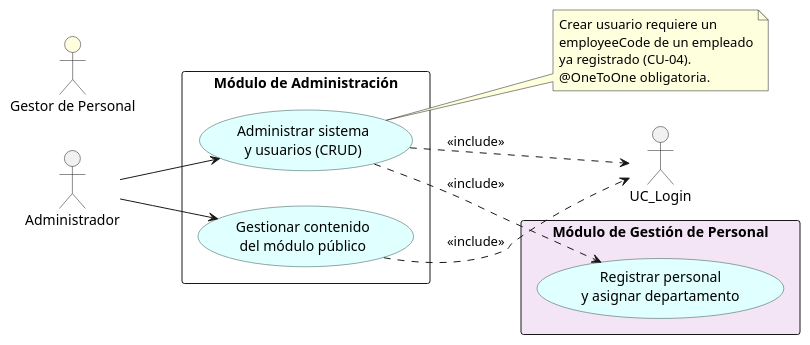
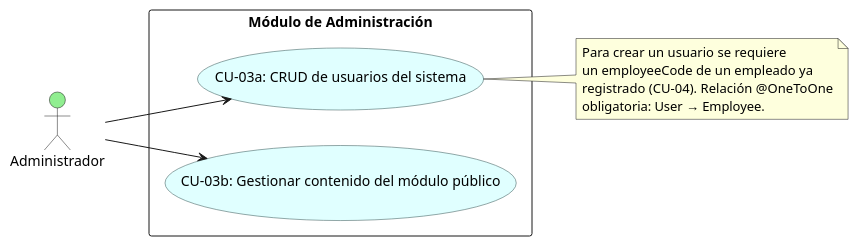
The diagram in docs/diagramas/casos_uso/03_modulo_administracion.puml (ElianMMCode/Zone-Control), drawn with PlantUML before and after one commit. The commit also changed 7 other files, not shown here.

```diff
--- a/docs/diagramas/casos_uso/03_modulo_administracion.puml
+++ b/docs/diagramas/casos_uso/03_modulo_administracion.puml
@@ -1,34 +1,26 @@
 @startuml
 skinparam usecase {
     BackgroundColor LightCyan
     BorderColor DarkSlateGray
 }
 skinparam packageStyle rectangle
 left to right direction
 
-actor "Administrador" as Admin
-actor "Gestor de Personal" as Gestor #LightYellow
+actor "Administrador" as Admin #LightGreen
 
 package "Módulo de Administración" {
-    usecase "Administrar sistema\ny usuarios (CRUD)" as UC_Admin1
-    usecase "Gestionar contenido\ndel módulo público" as UC_Admin2
-}
-
-package "Módulo de Gestión de Personal" as Gestion #F3E5F5 {
-    usecase "Registrar personal\ny asignar departamento" as UC_RegPersonal
+    usecase "CU-03a: CRUD de usuarios del sistema" as UC_Admin1
+    usecase "CU-03b: Gestionar contenido del módulo público" as UC_Admin2
 }
 
 Admin --> UC_Admin1
 Admin --> UC_Admin2
-UC_Admin1 ..> UC_Login : <<include>>
-UC_Admin2 ..> UC_Login : <<include>>
-UC_Admin1 ..> UC_RegPersonal : <<include>>
 
 note right of UC_Admin1
-  Crear usuario requiere un
-  employeeCode de un empleado
-  ya registrado (CU-04).
-  @OneToOne obligatoria.
+  Para crear un usuario se requiere
+  un employeeCode de un empleado ya
+  registrado (CU-04). Relación @OneToOne
+  obligatoria: User → Employee.
 end note
 
 @enduml
```
